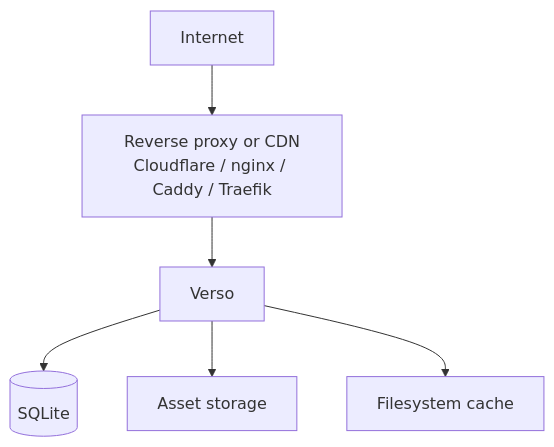
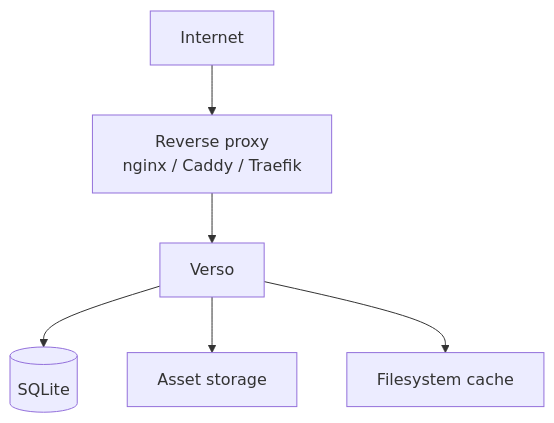
One commit to Natoandro/verso changed the second of 7 diagrams in docs/design/system.md. Above: the diagram before and after it, drawn with Mermaid. The commit also changed other lines of this file and 7 other files, not shown here.

````diff
--- a/docs/design/system.md
+++ b/docs/design/system.md
@@ -78,8 +80,8 @@
 ```mermaid
 flowchart TB
-    internet["Internet"] --> edge["Reverse proxy or CDN<br/>Cloudflare / nginx / Caddy / Traefik"]
+    internet["Internet"] --> edge["Reverse proxy<br/>nginx / Caddy / Traefik"]
     edge --> verso["Verso"]
     verso --> sqlite[("SQLite")]
     verso --> assets["Asset storage"]
     verso --> cache["Filesystem cache"]
 ```
````
